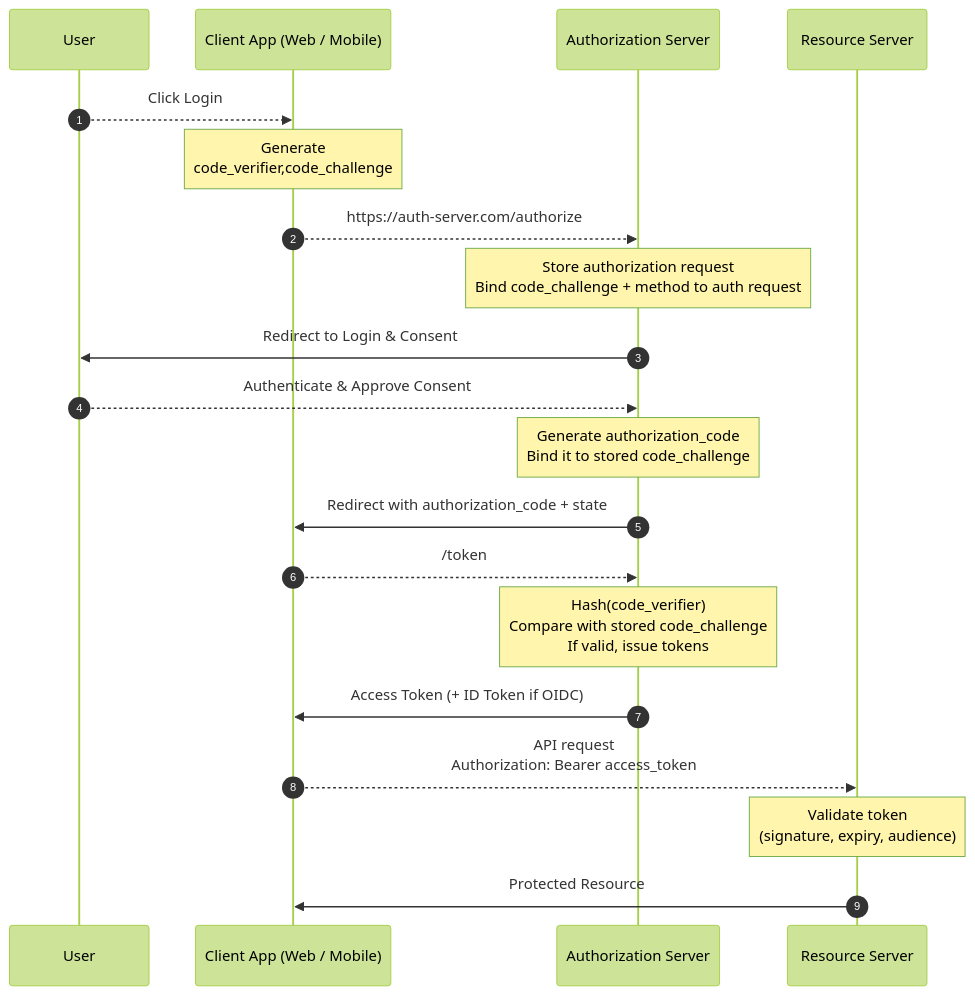
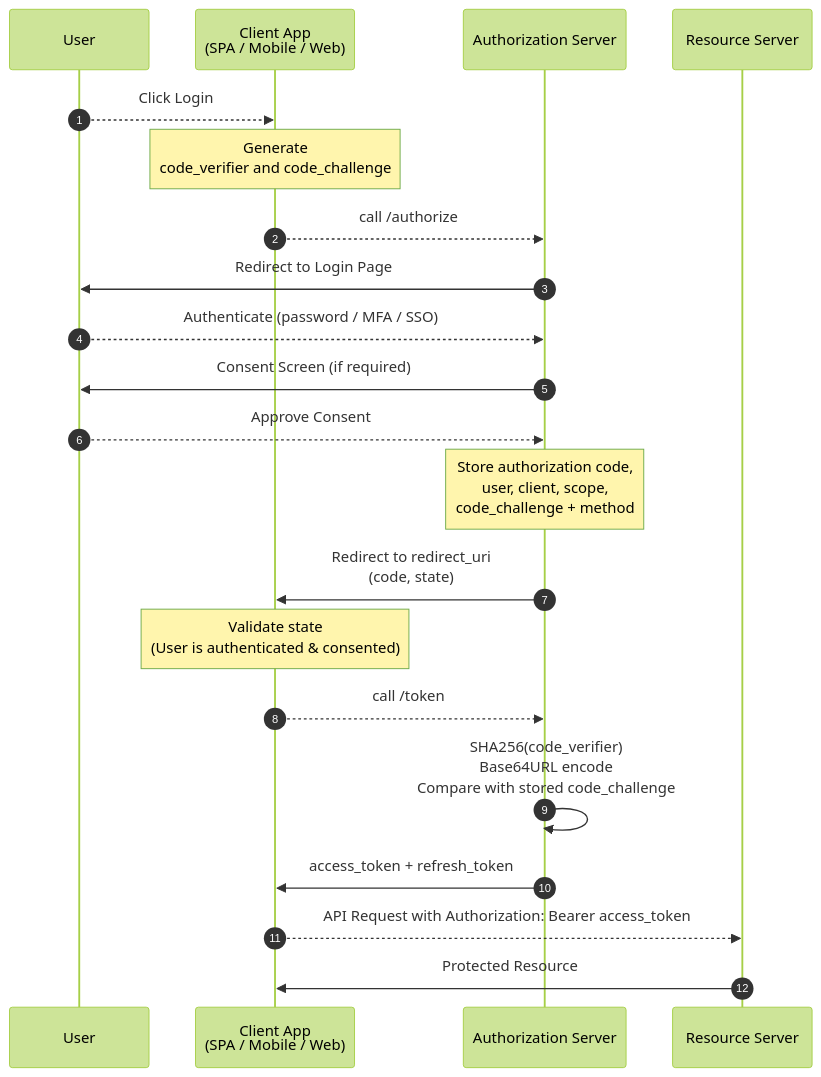
Before and after one commit to Rubi-raj/Notes: the diagram in OAuth 2.0.md, drawn with Mermaid (forest theme). The commit also changed other lines of this file, not shown here.

````diff
--- a/OAuth 2.0.md
+++ b/OAuth 2.0.md
@@ -51,23 +39,31 @@
 ```mermaid
 sequenceDiagram
     autonumber
     participant U as User
-    participant C as Client App (Web / Mobile)
-    participant A as Authorization Server
-    participant R as Resource Server
+    participant C as Client App <br> (SPA / Mobile / Web)
+    participant AS as Authorization Server
+    participant RS as Resource Server
+%% Step 1: User starts login
     U -->> C: Click Login
-    Note over C: Generate <br> code_verifier,code_challenge
-    C -->> A: https://auth-server.com/authorize
-    Note over A: Store authorization request<br>Bind code_challenge + method to auth request
-    A ->> U: Redirect to Login & Consent
-    U -->> A: Authenticate & Approve Consent
-    Note over A: Generate authorization_code<br>Bind it to stored code_challenge
-    A ->> C: Redirect with authorization_code + state
-    C -->> A: /token
-    Note over A: Hash(code_verifier)<br>Compare with stored code_challenge<br>If valid, issue tokens
-    A ->> C: Access Token (+ ID Token if OIDC)
-    C -->> R: API request<br>Authorization: Bearer access_token
-    Note over R: Validate token<br>(signature, expiry, audience)
-    R ->> C: Protected Resource
-
+    Note over C: Generate <br> code_verifier and code_challenge
+%% Step 2: Authorization Request
+    C -->> AS: call /authorize
+%% Step 3: Authentication & Consent
+    AS ->> U: Redirect to Login Page
+    U -->> AS: Authenticate (password / MFA / SSO)
+    AS ->> U: Consent Screen (if required)
+    U -->> AS: Approve Consent
+    Note over AS: Store authorization code, <br>user, client, scope,<br> code_challenge + method
+%% Step 4: Redirect with Authorization Code
+    AS ->> C: Redirect to redirect_uri <br> (code, state)
+    Note over C: Validate state <br> (User is authenticated & consented)
+%% Step 5: Token Request
+    C -->> AS: call /token
+%% Step 6: PKCE Verification
+    AS ->> AS: SHA256(code_verifier) <br> Base64URL encode <br> Compare with stored code_challenge
+%% Step 7: Token Issuance
+    AS ->> C: access_token + refresh_token
+%% Step 8: API Call
+    C -->> RS: API Request with Authorization: Bearer access_token
+    RS ->> C: Protected Resource
 ```
````
